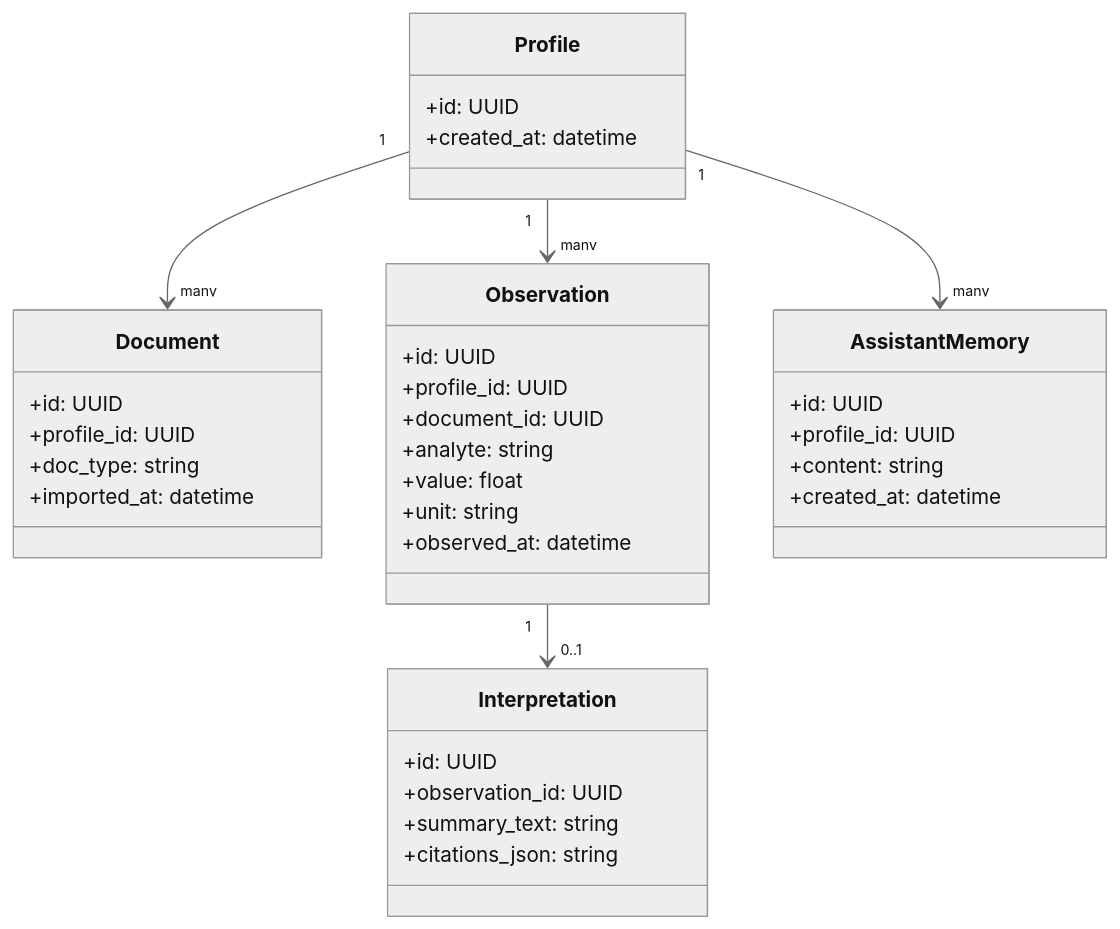
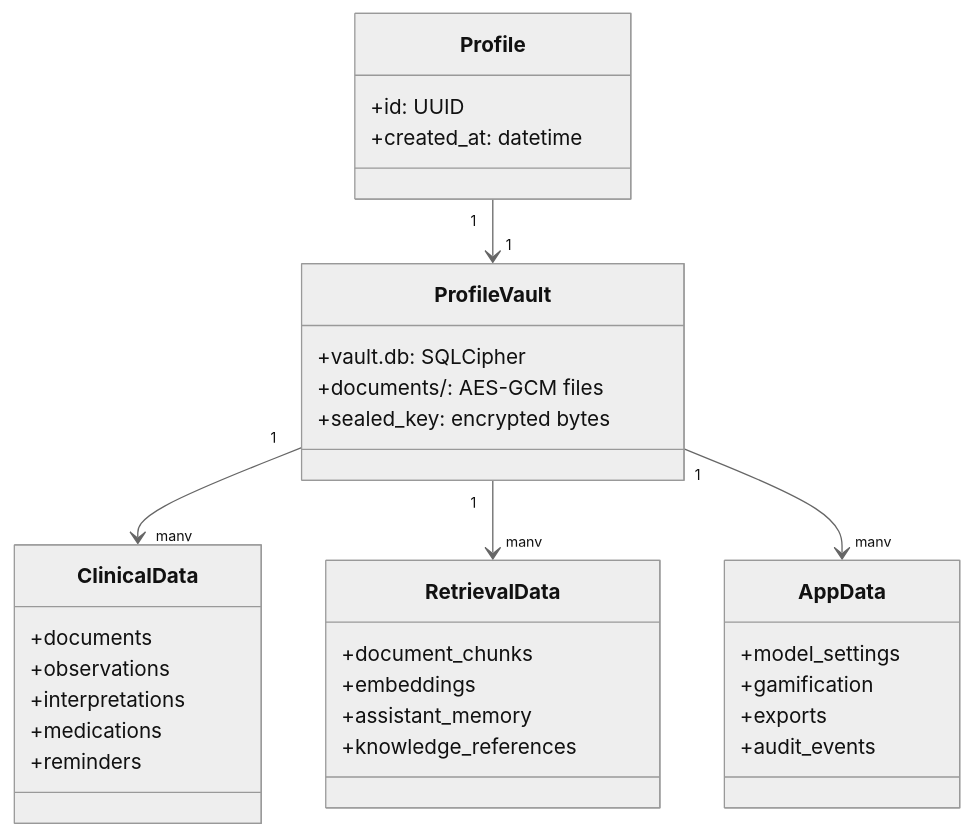
One commit to BrooklynD23/HealthCentral changed the third of 4 diagrams in README.md. Above: the diagram before and after it, drawn with Mermaid (neutral theme). The commit also changed other lines of this file and 4 other files, not shown here.

````diff
--- a/README.md
+++ b/README.md
@@ -95,43 +108,40 @@
 ```mermaid
 classDiagram
     class Profile {
         +id: UUID
         +created_at: datetime
     }
 
-    class Document {
-        +id: UUID
-        +profile_id: UUID
-        +doc_type: string
-        +imported_at: datetime
+    class ProfileVault {
+        +vault.db: SQLCipher
+        +documents/: AES-GCM files
+        +sealed_key: encrypted bytes
     }
 
-    class Observation {
-        +id: UUID
-        +profile_id: UUID
-        +document_id: UUID
-        +analyte: string
-        +value: float
-        +unit: string
-        +observed_at: datetime
+    class ClinicalData {
+        +documents
+        +observations
+        +interpretations
+        +medications
+        +reminders
     }
 
-    class Interpretation {
-        +id: UUID
-        +observation_id: UUID
-        +summary_text: string
-        +citations_json: string
+    class RetrievalData {
+        +document_chunks
+        +embeddings
+        +assistant_memory
+        +knowledge_references
     }
 
-    class AssistantMemory {
-        +id: UUID
-        +profile_id: UUID
-        +content: string
-        +created_at: datetime
+    class AppData {
+        +model_settings
+        +gamification
+        +exports
+        +audit_events
     }
 
-    Profile "1" --> "many" Document
-    Profile "1" --> "many" Observation
-    Observation "1" --> "0..1" Interpretation
-    Profile "1" --> "many" AssistantMemory
+    Profile "1" --> "1" ProfileVault
+    ProfileVault "1" --> "many" ClinicalData
+    ProfileVault "1" --> "many" RetrievalData
+    ProfileVault "1" --> "many" AppData
 ```
````
